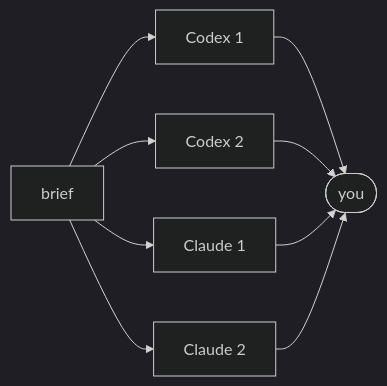
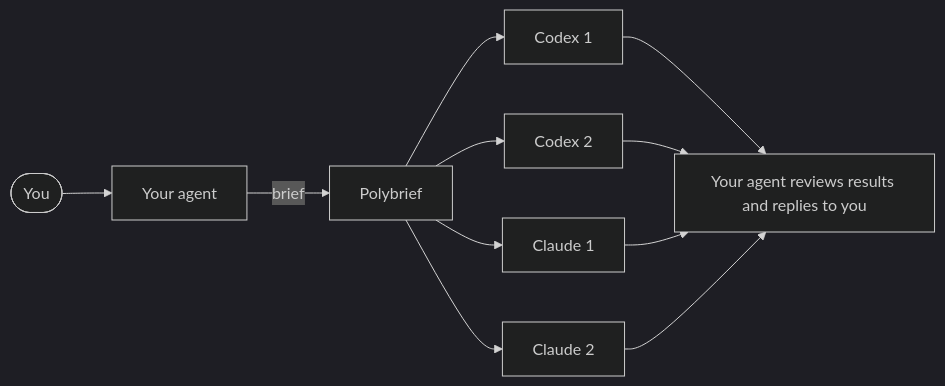
Before and after one commit to ivklgn/polybrief: the second of 4 diagrams in README.md, drawn with Mermaid (dark theme). The commit also changed other lines of this file and 69 other files, not shown here.

````diff
--- a/README.md
+++ b/README.md
@@ -75,5 +95,10 @@
 ```mermaid
 flowchart LR
-  B[brief] --> X1[Codex 1] & X2[Codex 2] & C1[Claude 1] & C2[Claude 2]
-  X1 & X2 & C1 & C2 --> Y([you])
+  U([You]) --> H[Your agent]
+  H -- brief --> P[Polybrief]
+  P --> X1[Codex 1] & X2[Codex 2] & C1[Claude 1] & C2[Claude 2]
+  X1 --> J[Your agent reviews results and replies to you]
+  X2 --> J
+  C1 --> J
+  C2 --> J
 ```
````
